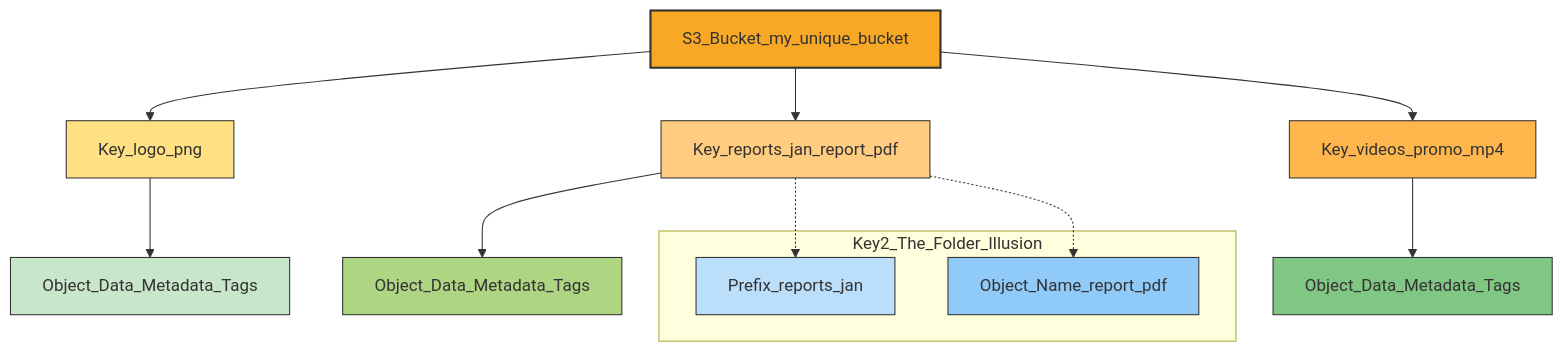
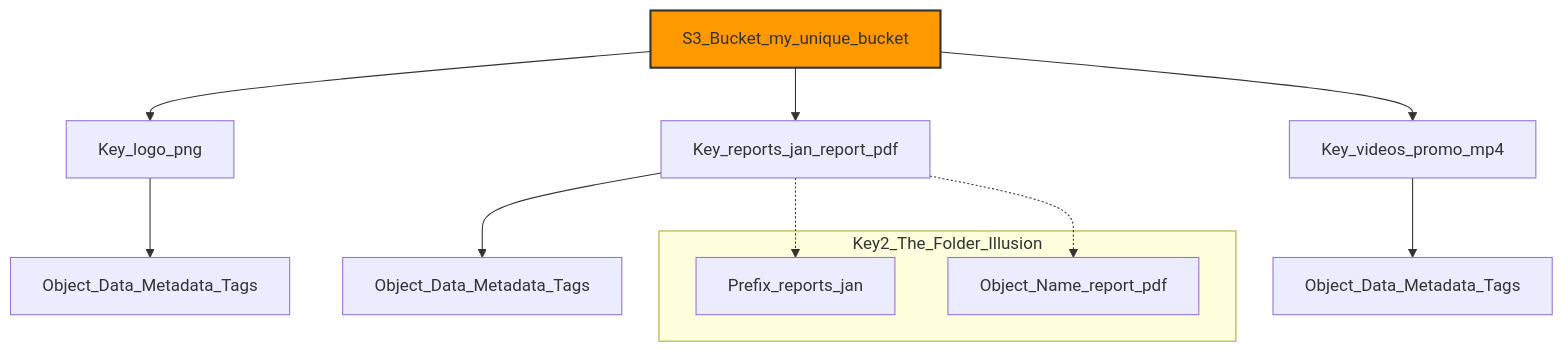
The diagram in S3/1-S3.md (rathiaditya/AWSCertification), drawn with Mermaid before and after one commit.

Commit message:
BeanStalk S3

````diff
--- a/S3/1-S3.md
+++ b/S3/1-S3.md
@@ -53,30 +53,20 @@
 ```mermaid
 graph TD
     Bucket[S3_Bucket_my_unique_bucket] --> Key1[Key_logo_png]
     Bucket --> Key2[Key_reports_jan_report_pdf]
     Bucket --> Key3[Key_videos_promo_mp4]
 
     Key1 --> Obj1[Object_Data_Metadata_Tags]
     Key2 --> Obj2[Object_Data_Metadata_Tags]
     Key3 --> Obj3[Object_Data_Metadata_Tags]
 
     subgraph Key2_The_Folder_Illusion
         Prefix[Prefix_reports_jan]
         ObjName[Object_Name_report_pdf]
     end
 
     Key2 -.-> Prefix
     Key2 -.-> ObjName
 
-    %% Styles
-    style Bucket fill:#f9a825,stroke:#333,stroke-width:2px
-    style Key1 fill:#ffe082,stroke:#333
-    style Key2 fill:#ffcc80,stroke:#333
-    style Key3 fill:#ffb74d,stroke:#333
-    style Obj1 fill:#c8e6c9,stroke:#333
-    style Obj2 fill:#aed581,stroke:#333
-    style Obj3 fill:#81c784,stroke:#333
-    style Prefix fill:#bbdefb,stroke:#333
-    style ObjName fill:#90caf9,stroke:#333
-
+    style Bucket fill:#f90,stroke:#333,stroke-width:2px
 ```
````
